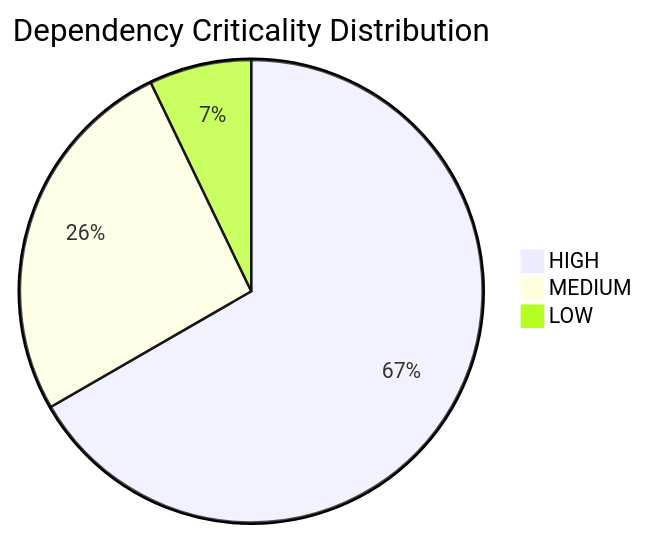
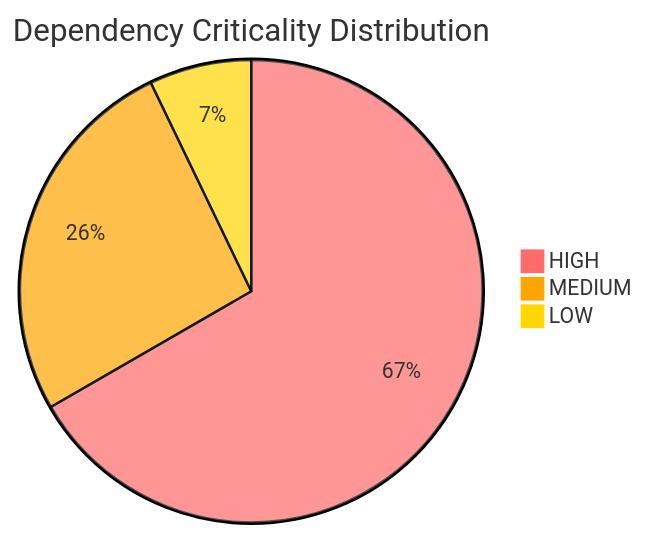
The fifth of 5 diagrams in docs/diagrams/overview.md (phantom-man/PROVES_LIBRARY), drawn with Mermaid before and after one commit. The commit also changed other lines of this file and 10 other files, not shown here.

Commit message:
chore: remove leftover mermaid customizations

````diff
--- a/docs/diagrams/overview.md
+++ b/docs/diagrams/overview.md
@@ -185,6 +188,7 @@
 ```mermaid
+%%{init: {'theme':'base', 'themeVariables': { 'pie1':'#ff6b6b', 'pie2':'#ffa500', 'pie3':'#ffd700'}}}%%
 pie title Dependency Criticality Distribution
     "HIGH" : 28
     "MEDIUM" : 11
     "LOW" : 3
 ```
````
